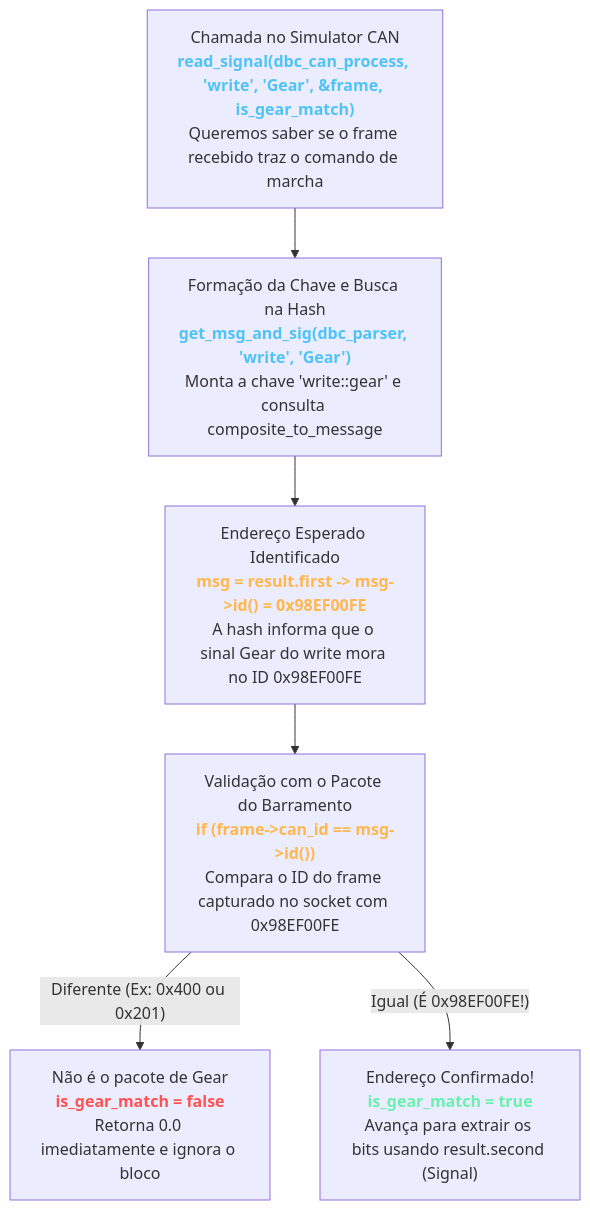
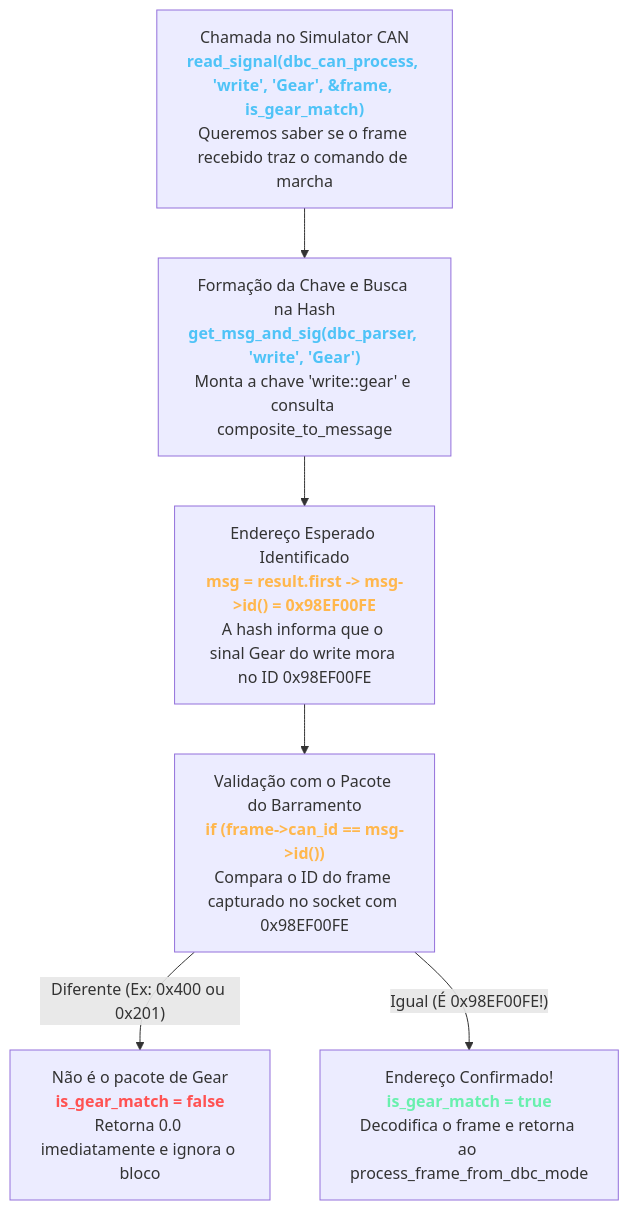
One commit to BrenoCSilva/lume changed the first of 2 diagrams in README.md. Above: the diagram before and after it, drawn with Mermaid. The commit also changed other lines of this file, not shown here.

````diff
--- a/README.md
+++ b/README.md
@@ -205,14 +205,14 @@
 ```mermaid
 flowchart TD
     CALL["Chamada no Simulator CAN<br/><b style='color:#4fc3f7'>read_signal(dbc_can_process, 'write', 'Gear', &frame, is_gear_match)</b><br/>Queremos saber se o frame recebido traz o comando de marcha"]
 
     CALL --> GET["Formação da Chave e Busca na Hash<br/><b style='color:#4fc3f7'>get_msg_and_sig(dbc_parser, 'write', 'Gear')</b><br/>Monta a chave 'write::gear' e consulta composite_to_message"]
 
     GET --> MSG["Endereço Esperado Identificado<br/><b style='color:#ffb74d'>msg = result.first -> msg->id() = 0x98EF00FE</b><br/>A hash informa que o sinal Gear do write mora no ID 0x98EF00FE"]
 
     MSG --> CHECK["Validação com o Pacote do Barramento<br/><b style='color:#ffb74d'>if (frame->can_id == msg->id())</b><br/>Compara o ID do frame capturado no socket com 0x98EF00FE"]
 
     CHECK -->|"Diferente (Ex: 0x400 ou 0x201)"| NO["Não é o pacote de Gear<br/><b style='color:#ff5252'>is_gear_match = false</b><br/>Retorna 0.0 imediatamente e ignora o bloco"]
 
-    CHECK -->|"Igual (É 0x98EF00FE!)"| YES["Endereço Confirmado!<br/><b style='color:#69f0ae'>is_gear_match = true</b><br/>Avança para extrair os bits usando result.second (Signal)"]
+    CHECK -->|"Igual (É 0x98EF00FE!)"| YES["Endereço Confirmado!<br/><b style='color:#69f0ae'>is_gear_match = true</b><br/>Decodifica o frame e retorna ao process_frame_from_dbc_mode"]
 ```
````
